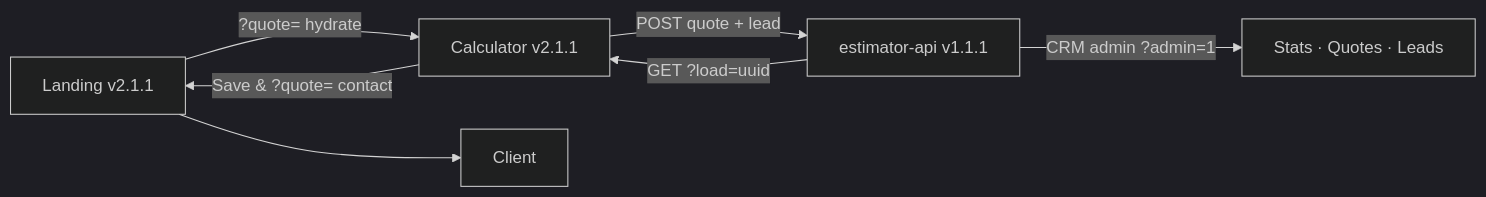
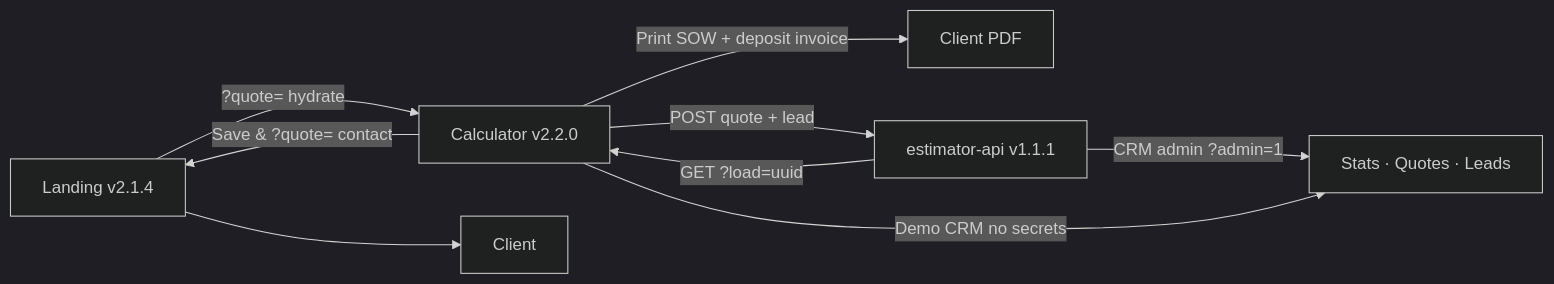
One commit to pixellayer7-jpg/pixellayer7-jpg changed the diagram in README.md. Above: the diagram before and after it, drawn with Mermaid (dark theme). The commit also changed other lines of this file and 1 other file, not shown here.

First line of the commit message:
docs: sync profile for calculator v2.2 CRM demo and print SOW

````diff
--- a/README.md
+++ b/README.md
@@ -18,9 +18,11 @@
 ```mermaid
 flowchart LR
-  A[Landing v2.1.1] -->|?quote= hydrate| B[Calculator v2.1.1]
+  A[Landing v2.1.4] -->|?quote= hydrate| B[Calculator v2.2.0]
   B -->|Save & ?quote= contact| A
+  B -->|Print SOW + deposit invoice| C[Client PDF]
   B -->|POST quote + lead| D[estimator-api v1.1.1]
   D -->|CRM admin ?admin=1| E[Stats · Quotes · Leads]
+  B -->|Demo CRM no secrets| E
   D -->|GET ?load=uuid| B
-  A --> C[Client]
+  A --> F[Client]
 ```
````
